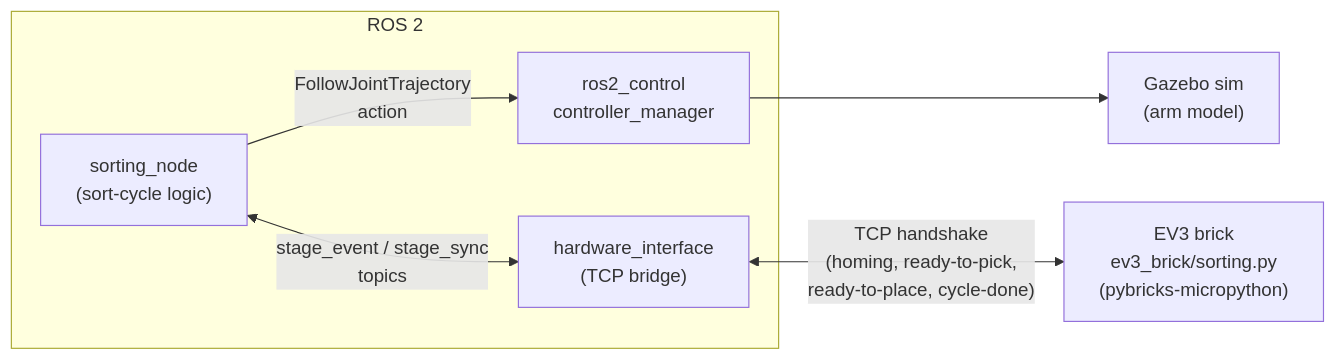
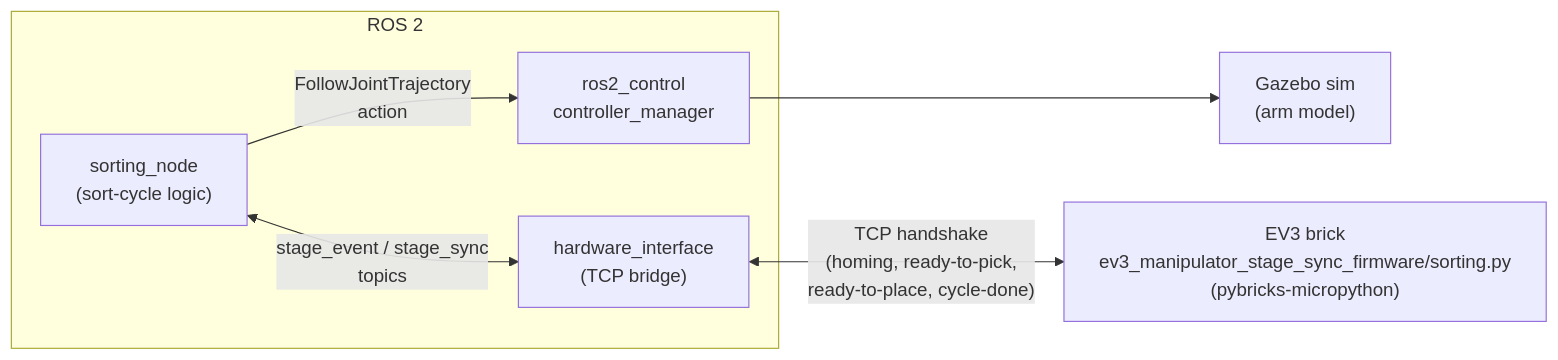
The first of 4 diagrams in README.md (AJAYKRISHNAVENKATESAN/ev3_manipulator), drawn with Mermaid before and after one commit. The commit also changed other lines of this file, not shown here.

Commit message:
Document two-package layout and MoveIt WIP architecture in README

````diff
--- a/README.md
+++ b/README.md
@@ -25,14 +32,14 @@
 ```mermaid
 flowchart LR
     subgraph ROS 2
         SN["sorting_node<br/>(sort-cycle logic)"]
         HI["hardware_interface<br/>(TCP bridge)"]
         CM["ros2_control<br/>controller_manager"]
     end
     SIM["Gazebo sim<br/>(arm model)"]
-    BRICK["EV3 brick<br/>ev3_brick/sorting.py<br/>(pybricks-micropython)"]
+    BRICK["EV3 brick<br/>ev3_manipulator_stage_sync_firmware/sorting.py<br/>(pybricks-micropython)"]
 
     SN -- "FollowJointTrajectory<br/>action" --> CM --> SIM
     SN <-- "stage_event / stage_sync<br/>topics" --> HI
     HI <-- "TCP handshake<br/>(homing, ready-to-pick,<br/>ready-to-place, cycle-done)" --> BRICK
 ```
````
